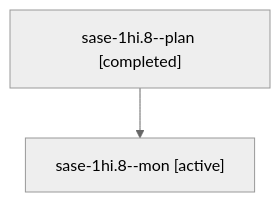
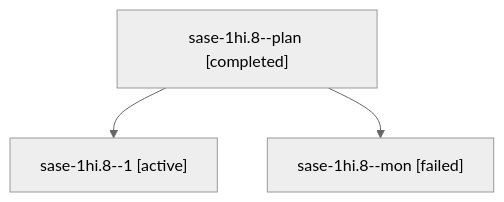
Before and after one commit to sase-org/sase--agents: the diagram in sessions/bbugyi200.apollo.sase-1hi.8.md, drawn with Mermaid (neutral theme). The commit also changed other lines of this file and 76 other files, not shown here.

````diff
--- a/sessions/bbugyi200.apollo.sase-1hi.8.md
+++ b/sessions/bbugyi200.apollo.sase-1hi.8.md
@@ -9,6 +9,8 @@
 ```mermaid
 flowchart TD
   n0["sase-1hi.8--plan [completed]"]
-  n1["sase-1hi.8--mon [active]"]
+  n1["sase-1hi.8--1 [active]"]
   n0 --> n1
+  n2["sase-1hi.8--mon [failed]"]
+  n0 --> n2
 ```
````
